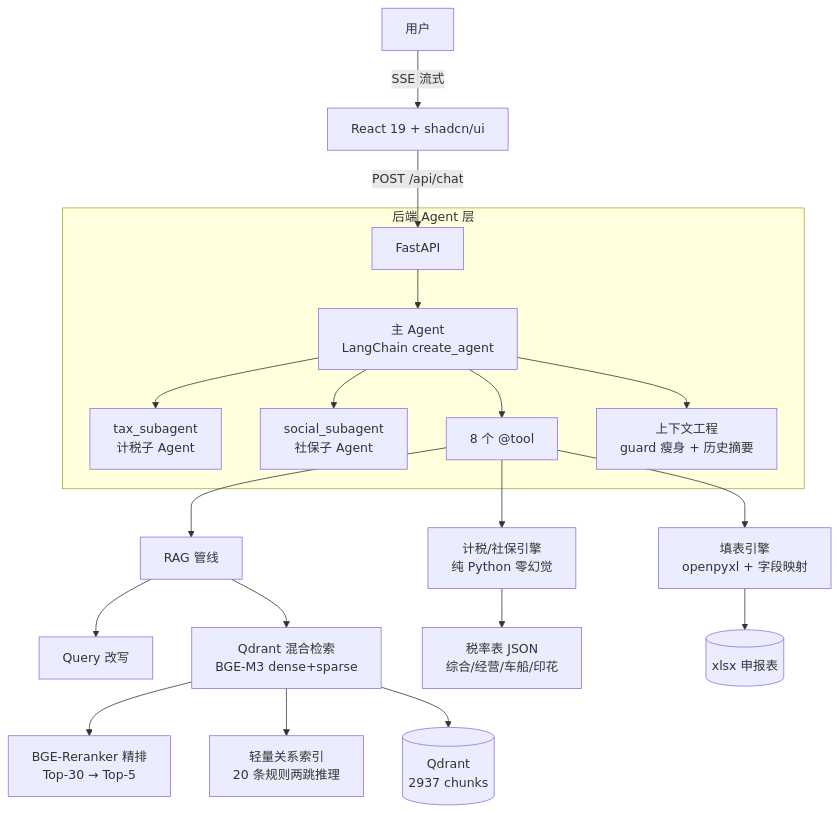
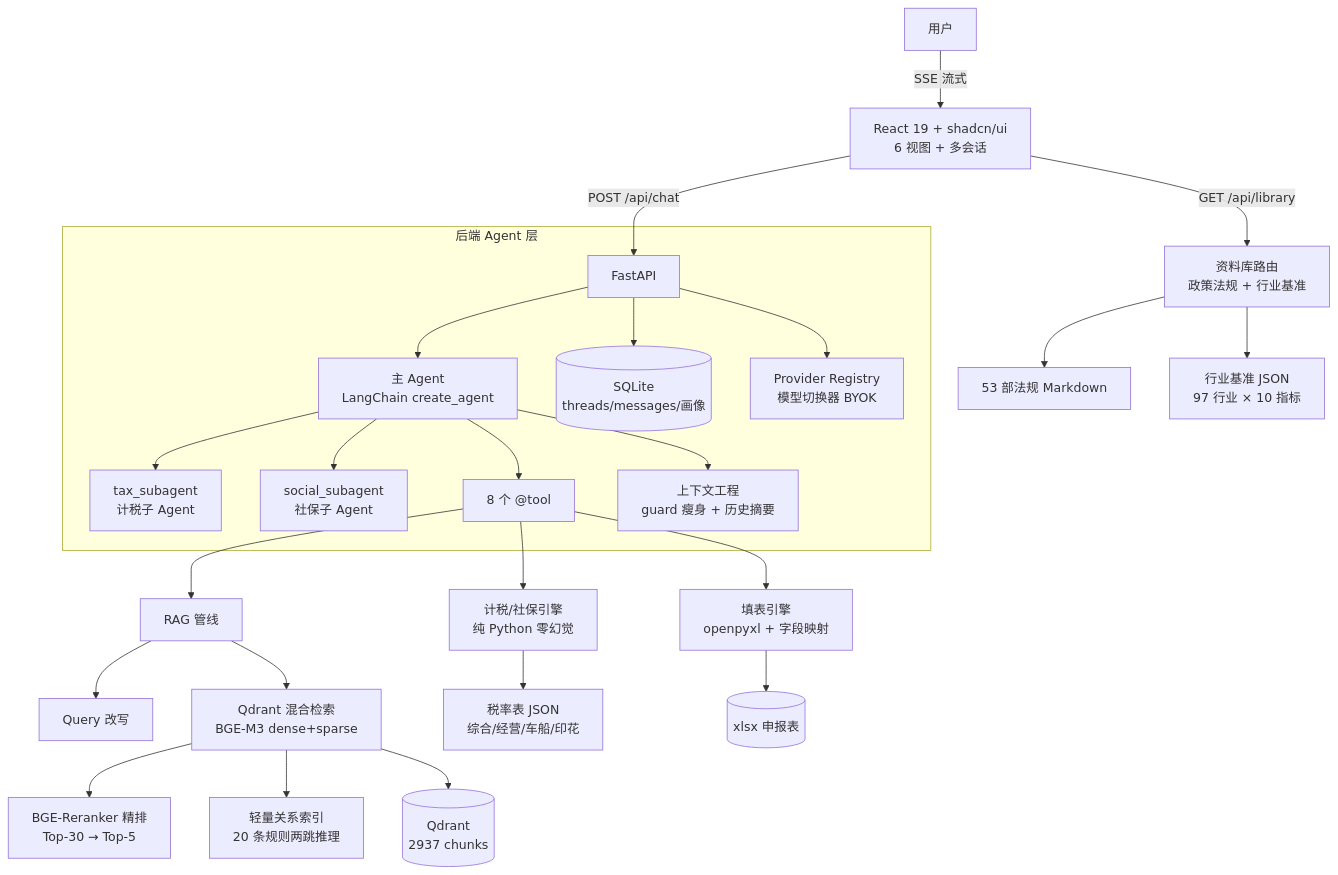
Before and after one commit to zsy04/finance-rag-agent: the diagram in README.md, drawn with Mermaid. The commit also changed other lines of this file, not shown here.

First line of the commit message:
docs: 更新 README 展示界面 — 补充资料库/持久化/模型切换器/设计稿落地

````diff
--- a/README.md
+++ b/README.md
@@ -31,26 +34,31 @@
 ```mermaid
 graph TD
-    U[用户] -->|SSE 流式| FE[React 19 + shadcn/ui]
+    U[用户] -->|SSE 流式| FE[React 19 + shadcn/ui<br/>6 视图 + 多会话]
     FE -->|POST /api/chat| API[FastAPI]
+    FE -->|GET /api/library| LIB[资料库路由<br/>政策法规 + 行业基准]
 
     subgraph BE[后端 Agent 层]
         API --> AGENT[主 Agent<br/>LangChain create_agent]
         AGENT --> SUB1[tax_subagent<br/>计税子 Agent]
         AGENT --> SUB2[social_subagent<br/>社保子 Agent]
         AGENT --> TOOLS[8 个 @tool]
         AGENT --> CTX[上下文工程<br/>guard 瘦身 + 历史摘要]
+        API --> MEM[(SQLite<br/>threads/messages/画像)]
+        API --> PR[Provider Registry<br/>模型切换器 BYOK]
     end
 
     TOOLS --> RAG[RAG 管线]
     TOOLS --> ENG[计税/社保引擎<br/>纯 Python 零幻觉]
     TOOLS --> FORM[填表引擎<br/>openpyxl + 字段映射]
 
     RAG --> QW[Query 改写]
     RAG --> QD[Qdrant 混合检索<br/>BGE-M3 dense+sparse]
     QD --> RR[BGE-Reranker 精排<br/>Top-30 → Top-5]
     QD --> KG[轻量关系索引<br/>20 条规则两跳推理]
 
     ENG --> TAX[税率表 JSON<br/>综合/经营/车船/印花]
     QD --> VDB[(Qdrant<br/>2937 chunks)]
     FORM --> XLSX[(xlsx 申报表)]
+    LIB --> FL[53 部法规 Markdown]
+    LIB --> BI[行业基准 JSON<br/>97 行业 × 10 指标]
 ```
````
